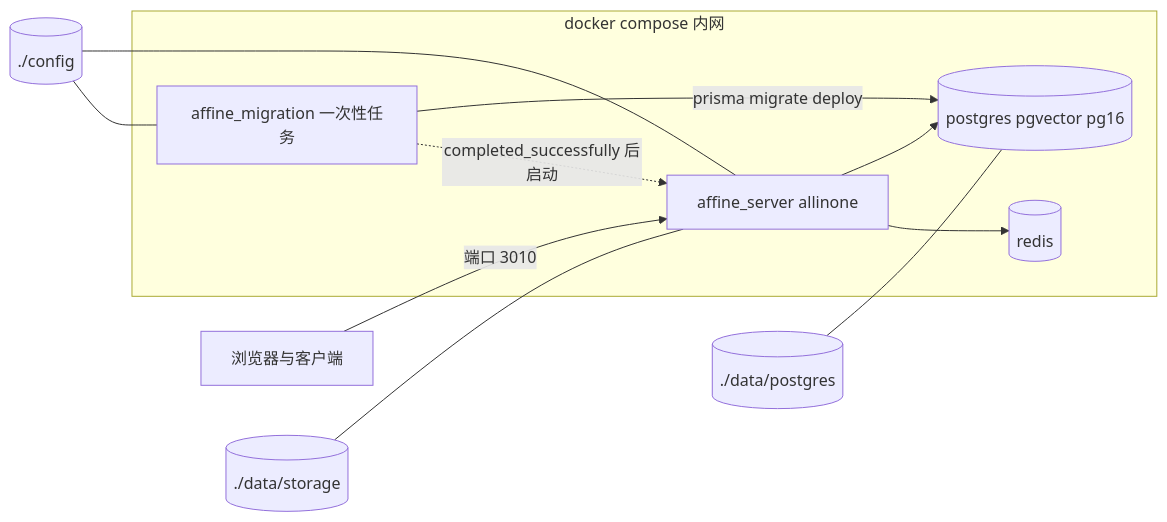
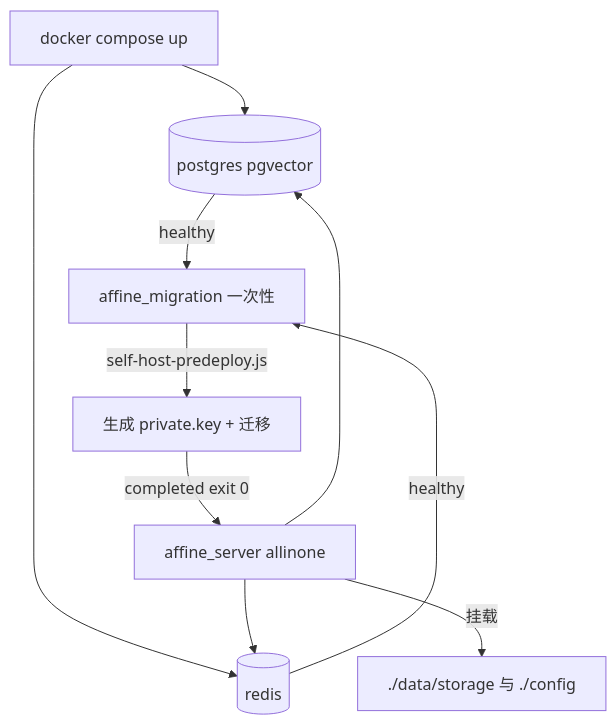
The second of 4 diagrams in learning-guide/slides/decks/27.md (lfire/AFFiNE), drawn with Mermaid before and after one commit. The commit also changed other lines of this file and 46 other files, not shown here.

````diff
--- a/learning-guide/slides/decks/27.md
+++ b/learning-guide/slides/decks/27.md
@@ -108,18 +105,12 @@
 ```mermaid
-flowchart LR
-  U[浏览器与客户端] -->|"端口 3010"| AF
-  subgraph H["docker compose 内网"]
-    AF["affine_server allinone"]
-    MG["affine_migration 一次性任务"]
-    PG[("postgres pgvector pg16")]
-    RD[("redis")]
-  end
+flowchart TB
+  DC["docker compose up"] --> PG[("postgres pgvector")]
+  DC --> RD[("redis")]
+  PG -->|healthy| MG["affine_migration 一次性"]
+  RD -->|healthy| MG
+  MG -->|"self-host-predeploy.js"| MG2["生成 private.key + 迁移"]
+  MG2 -->|"completed exit 0"| AF["affine_server allinone"]
   AF --> PG
   AF --> RD
-  MG -->|"prisma migrate deploy"| PG
-  MG -.->|"completed_successfully 后启动"| AF
-  V1[("./data/storage")] --- AF
-  V2[("./config")] --- AF
-  V2 --- MG
-  V3[("./data/postgres")] --- PG
+  AF -->|挂载| VOL["./data/storage 与 ./config"]
 ```
````
